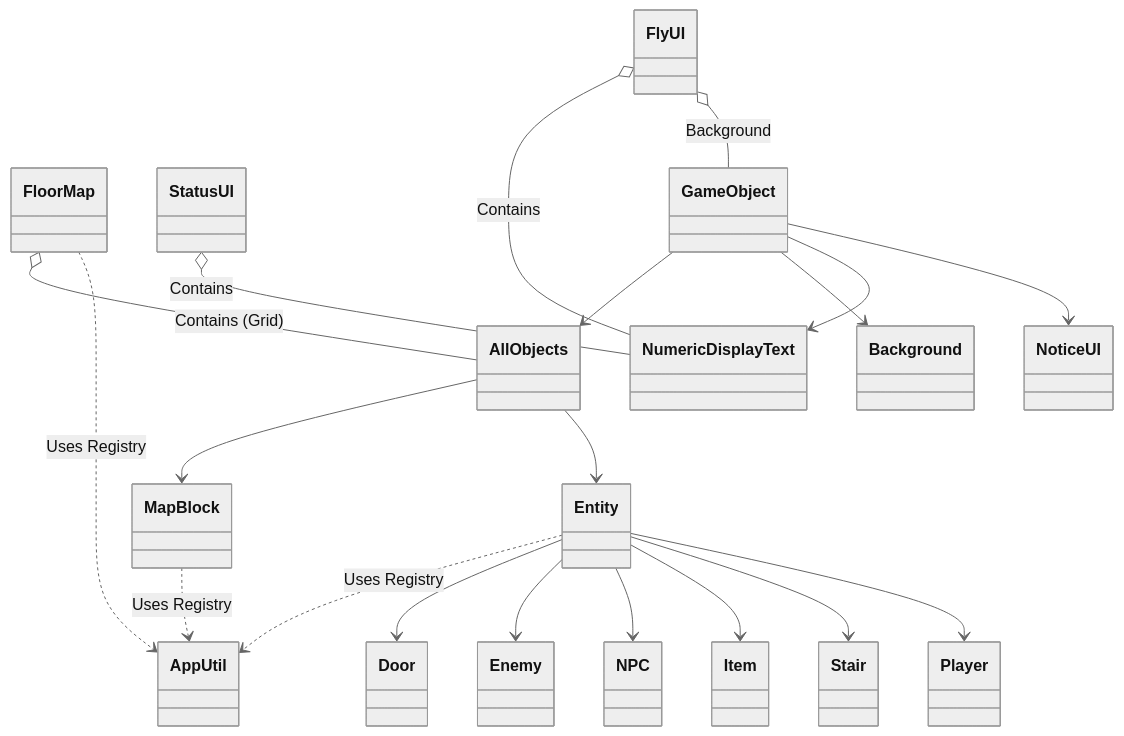
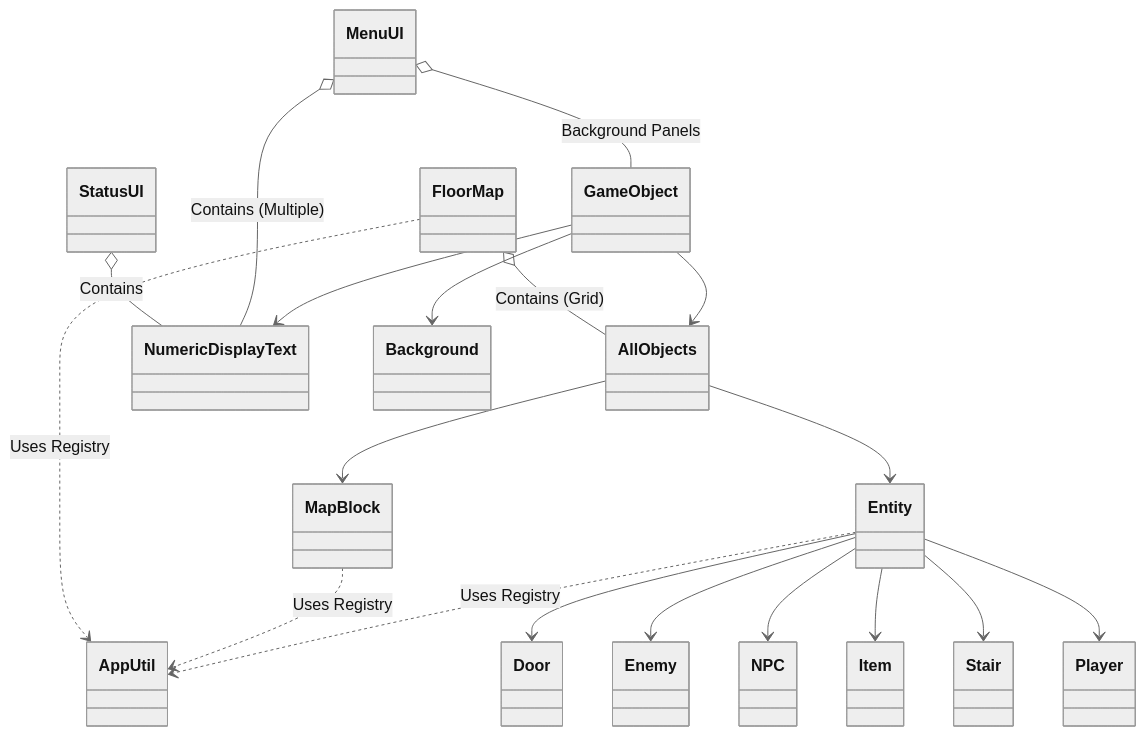
One commit to XWJWPIY/schoolwork_recreate_magic_tower changed the diagram in Constructure.md. Above: the diagram before and after it, drawn with Mermaid (neutral theme). The commit also changed other lines of this file and 8 other files, not shown here.

First line of the commit message:
refactor: 將使用地圖視窗作為顯示的物件整合成 menu

````diff
--- a/Constructure.md
+++ b/Constructure.md
@@ -3,29 +3,29 @@
 ```mermaid
 classDiagram
     %% 包含關係 (Containment)
     FloorMap o-- AllObjects : Contains (Grid)
     StatusUI o-- NumericDisplayText : Contains
-    FlyUI o-- NumericDisplayText : Contains
-    FlyUI o-- GameObject : Background
+    MenuUI o-- NumericDisplayText : Contains (Multiple)
+    MenuUI o-- GameObject : Background Panels
 
     %% 依賴關係 (Dependency)
     FloorMap ..> AppUtil : Uses Registry
     MapBlock ..> AppUtil : Uses Registry
     Entity ..> AppUtil : Uses Registry
 
     %% 繼承關係 (Inheritance)
     GameObject --> AllObjects
     GameObject --> Background
     GameObject --> NumericDisplayText
-    GameObject --> NoticeUI
+    %% MenuUI is a Manager, not necessarily a GameObject (holds them)
     
     AllObjects --> MapBlock
     AllObjects --> Entity
     
     Entity --> Door
     Entity --> Enemy
     Entity --> NPC
     Entity --> Item
     Entity --> Stair
     Entity --> Player
 ```
````
